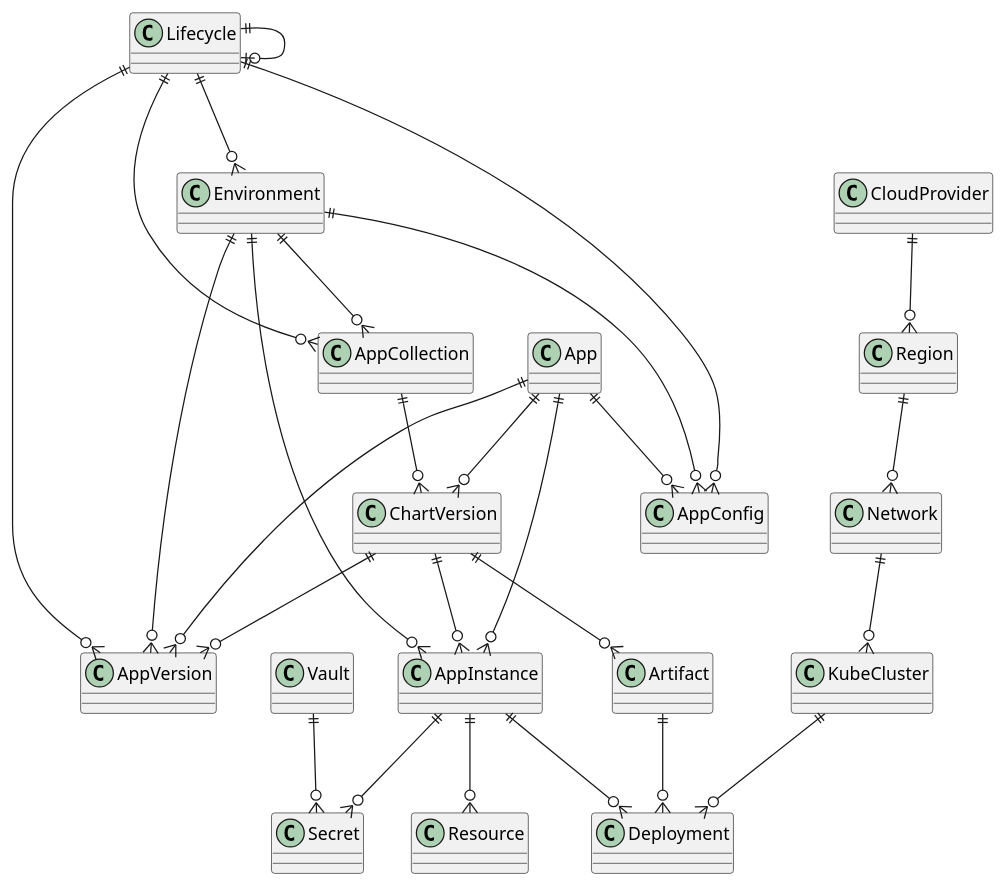
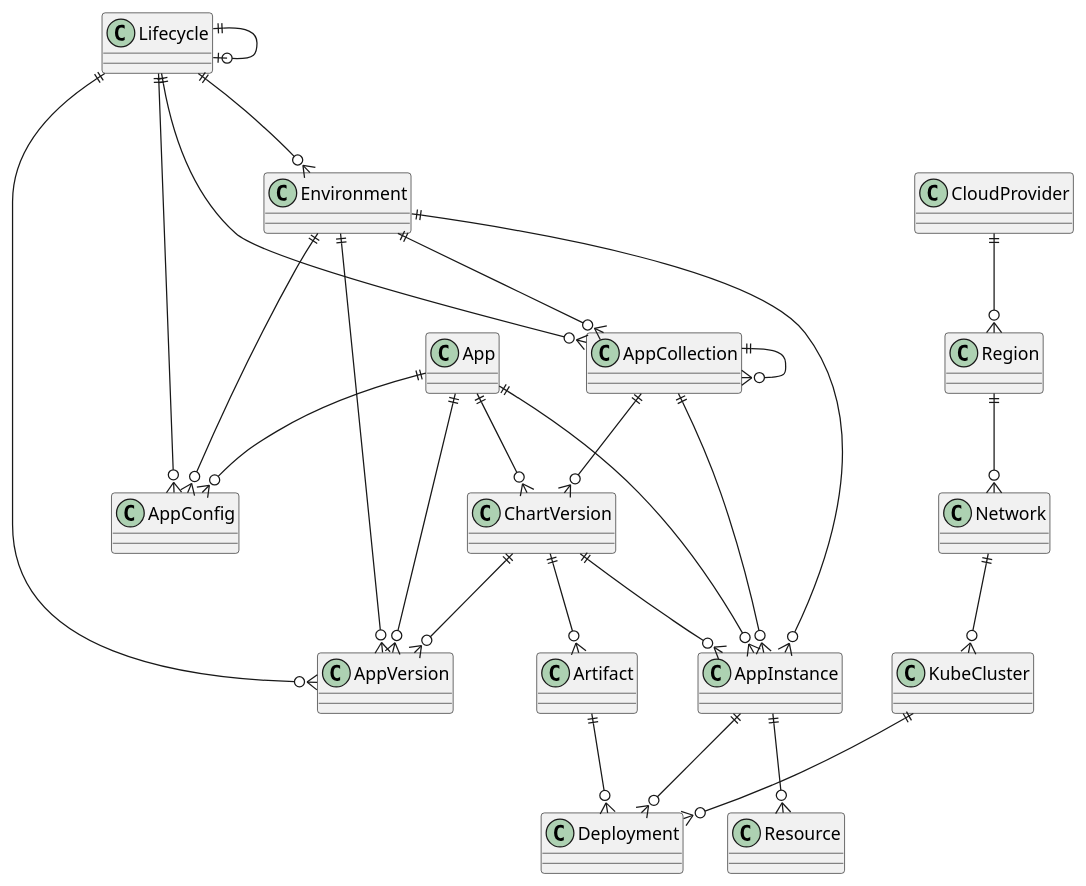
The diagram in docs/erd_plantuml.md (johnsdouglass/cmdb), drawn with PlantUML before and after one commit. The commit also changed 3 other files, not shown here.

Commit message:
Updates to AppCollection and removed Vault/Secret

````diff
--- a/docs/erd_plantuml.md
+++ b/docs/erd_plantuml.md
@@ -1,30 +1,30 @@
 ```plantuml
 @startuml
     AppCollection ||--o{ ChartVersion : ""
+    AppCollection ||--o{ AppCollection : ""
+    AppCollection ||--o{ AppInstance : ""
     AppInstance ||--o{ Deployment : ""
     AppInstance ||--o{ Resource : ""
-    AppInstance ||--o{ Secret : ""
     App ||--o{ AppConfig : ""
     App ||--o{ AppInstance : ""
     App ||--o{ AppVersion : ""
     App ||--o{ ChartVersion : ""
     Artifact ||--o{ Deployment : ""
     ChartVersion ||--o{ AppInstance : ""
     ChartVersion ||--o{ AppVersion : ""
     ChartVersion ||--o{ Artifact : ""
     CloudProvider ||--o{ Region : ""
     Environment ||--o{ AppCollection : ""    
     Environment ||--o{ AppConfig : ""
     Environment ||--o{ AppInstance : ""
     Environment ||--o{ AppVersion : ""
     KubeCluster ||--o{ Deployment : ""
     Lifecycle ||--o{ AppCollection : ""
     Lifecycle ||--o{ AppConfig : ""
     Lifecycle ||--o{ AppVersion : ""
     Lifecycle ||--o{ Environment : ""
     Lifecycle ||--o| Lifecycle : ""
     Network ||--o{ KubeCluster : ""
     Region ||--o{ Network : ""
-    Vault ||--o{ Secret : ""
 @enduml
 ```
````
